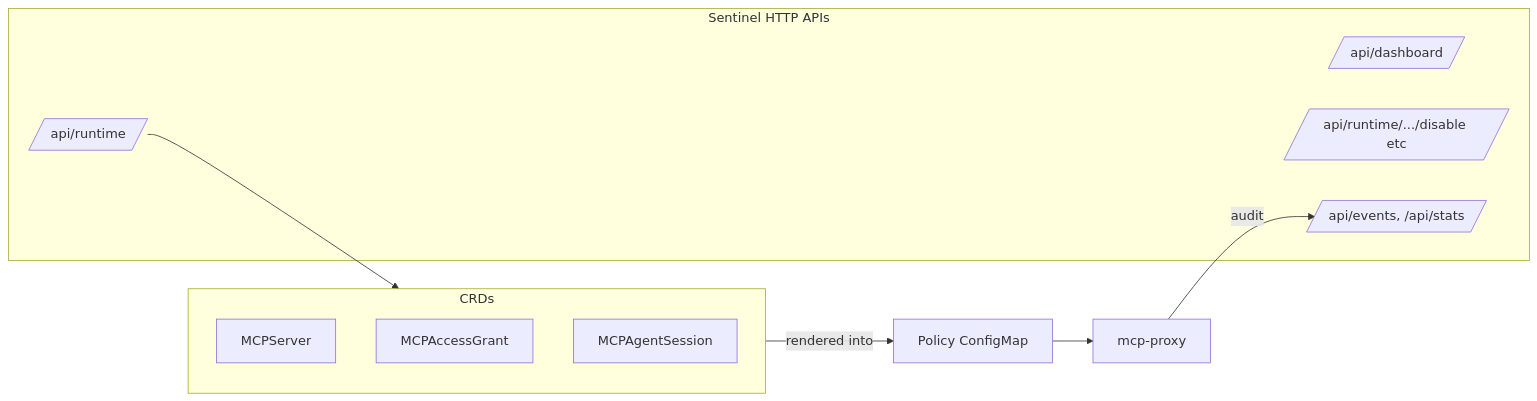
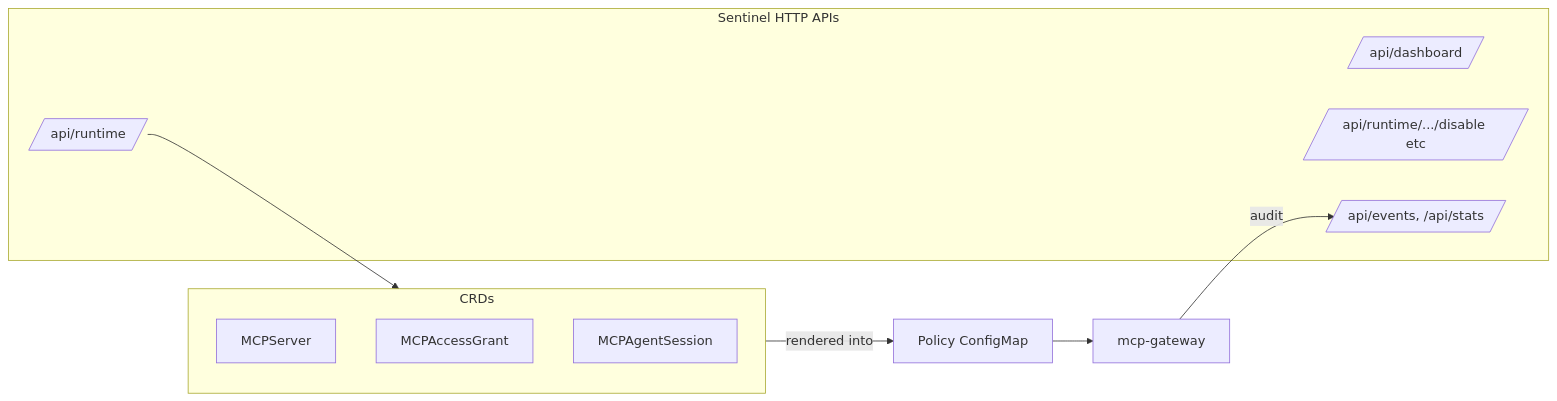
One commit to Agent-Hellboy/mcp-runtime changed the first of 2 diagrams in docs/api.md. Above: the diagram before and after it, drawn with Mermaid. The commit also changed other lines of this file and 43 other files, not shown here.

````diff
--- a/docs/api.md
+++ b/docs/api.md
@@ -9,18 +9,18 @@
 ```mermaid
 flowchart LR
     subgraph CRDs
         Server[MCPServer]
         Grant[MCPAccessGrant]
         Session[MCPAgentSession]
     end
     subgraph HTTP["Sentinel HTTP APIs"]
         Dash[/api/dashboard/]
         Run[/api/runtime/]
         Act[/api/runtime/.../disable etc/]
         Ana[/api/events, /api/stats/]
     end
     CRDs -- rendered into --> Policy[Policy ConfigMap]
-    Policy --> Proxy[mcp-proxy]
-    Proxy -->|audit| Ana
+    Policy --> Gateway[mcp-gateway]
+    Gateway -->|audit| Ana
     Run --> CRDs
 ```
````
